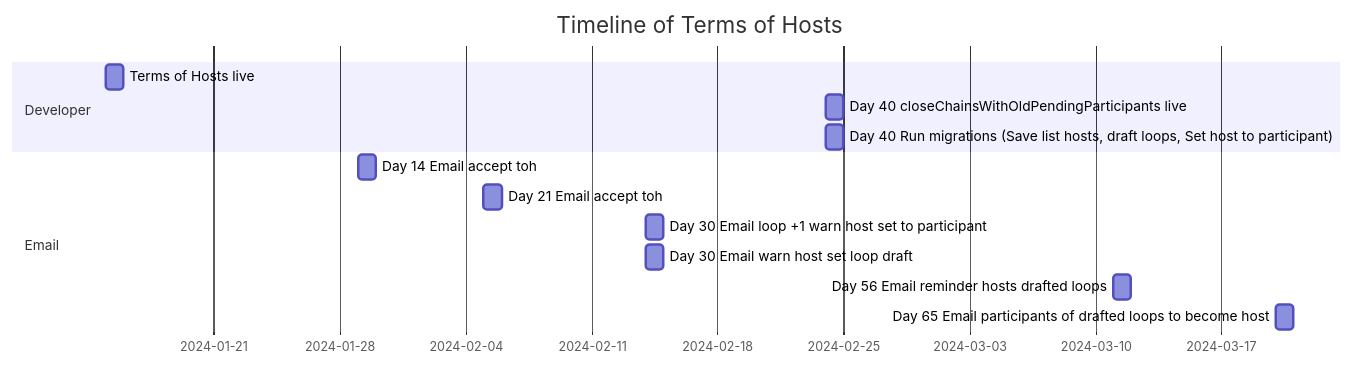
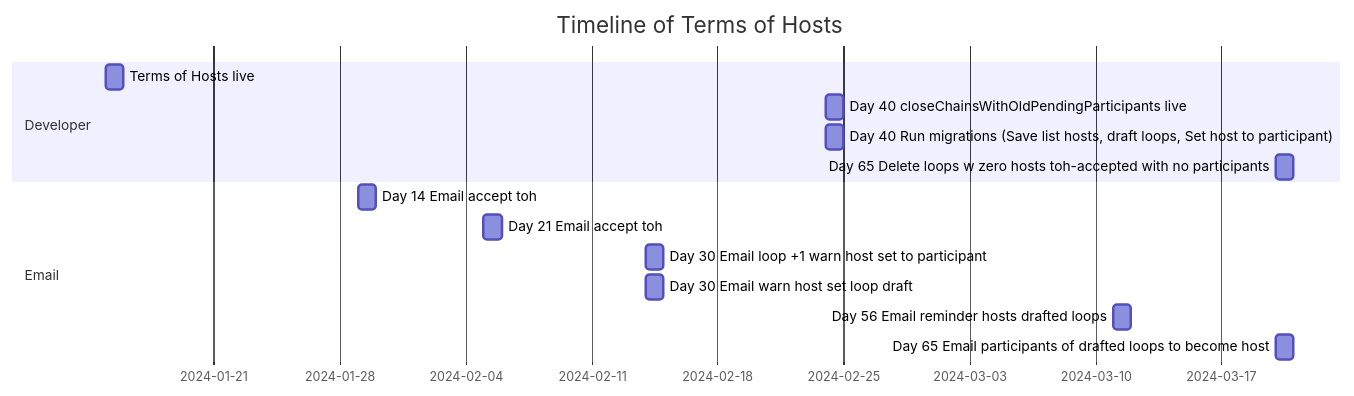
The first of 2 diagrams in server/docs/migration_toh.md (the-clothing-loop/website), drawn with Mermaid before and after one commit.

Commit message:
Add delete old loops to timeline

````diff
--- a/server/docs/migration_toh.md
+++ b/server/docs/migration_toh.md
@@ -5,17 +5,18 @@
 ```mermaid
 gantt
    title Timeline of Terms of Hosts
 
    section Developer
    Terms of Hosts live                                                              : 2024-01-15, 1d
    Day 40 closeChainsWithOldPendingParticipants live                                : 2024-02-24, 1d
    Day 40 Run migrations (Save list hosts, draft loops, Set host to participant)    : 2024-02-24, 1d
+   Day 65 Delete loops w zero hosts toh-accepted with no participants     : 2024-03-20, 1d
 
    section Email
    Day 14 Email accept toh                                     : 2024-01-29, 1d
    Day 21 Email accept toh                                     : 2024-02-05, 1d
    Day 30 Email loop +1 warn host set to participant           : 2024-02-14, 1d
    Day 30 Email warn host set loop draft                       : 2024-02-14, 1d
    Day 56 Email reminder hosts drafted loops                   : 2024-03-11, 1d
    Day 65 Email participants of drafted loops to become host   : 2024-03-20, 1d
 ```
````
